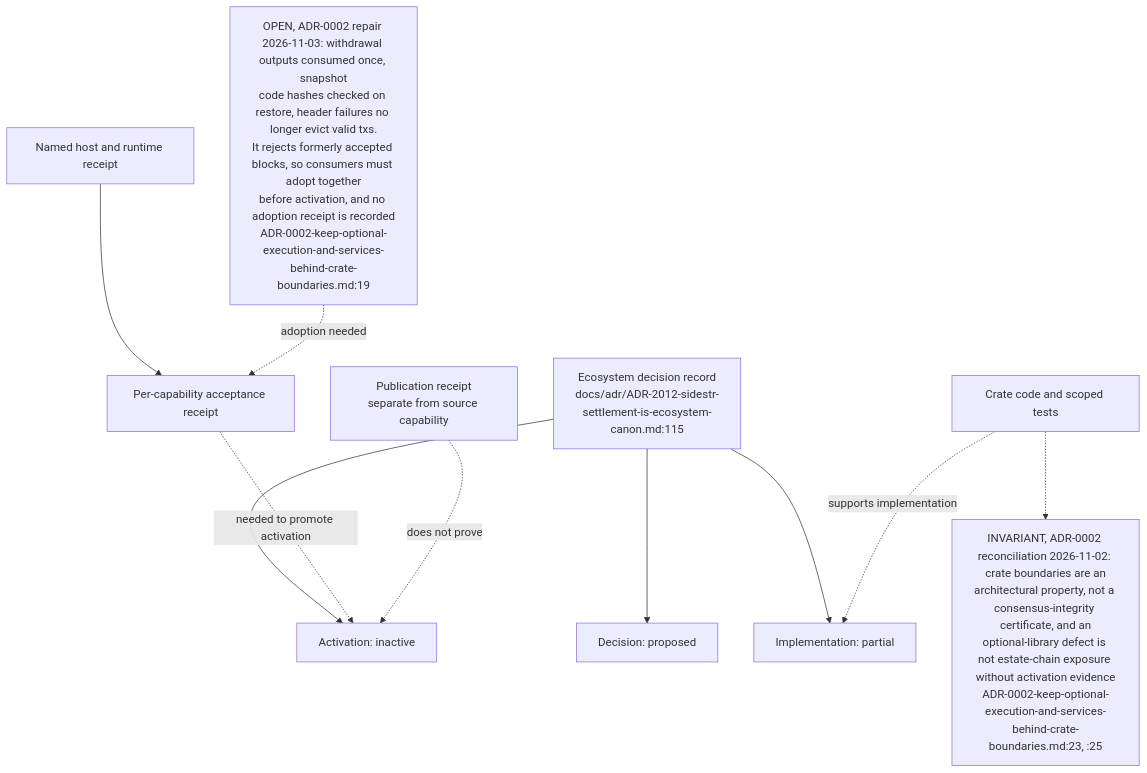
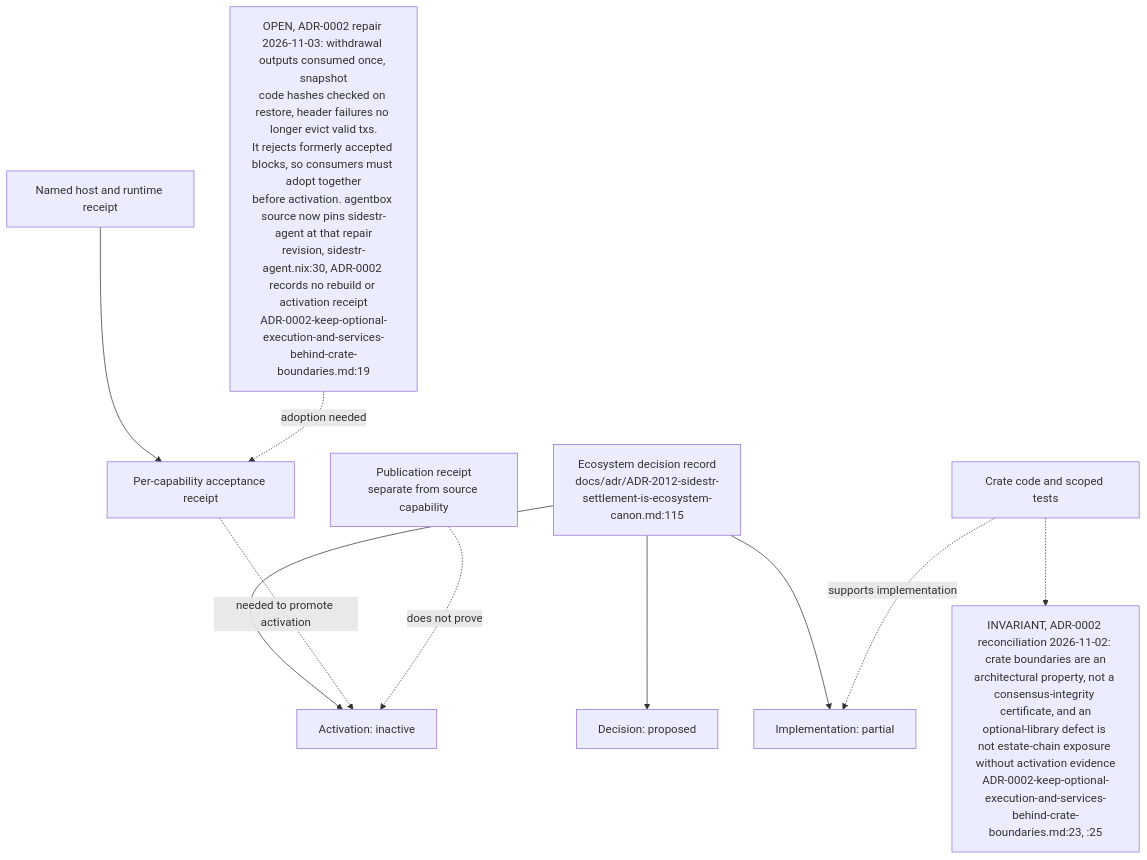
The third of 4 diagrams in docs/diagrams/sidestr-rs/01-workspace-oracles-and-live-boundary.md (DreamLab-AI/VisionFlow), drawn with Mermaid before and after one commit. The commit also changed other lines of this file and 8 other files, not shown here.

First line of the commit message:
docs(diagrams): semantic sweep fixes before merge

````diff
--- a/docs/diagrams/sidestr-rs/01-workspace-oracles-and-live-boundary.md
+++ b/docs/diagrams/sidestr-rs/01-workspace-oracles-and-live-boundary.md
@@ -106,17 +107,17 @@
 ```mermaid
 flowchart TB
     STATUS["Ecosystem decision record<br/>docs/adr/ADR-2012-sidestr-settlement-is-ecosystem-canon.md:115"]
     STATUS --> DEC["Decision: proposed"]
     STATUS --> IMP["Implementation: partial"]
     STATUS --> ACT["Activation: inactive"]
     SOURCE["Crate code and scoped tests"] -. "supports implementation" .-> IMP
     PUB["Publication receipt<br/>separate from source capability"]
     DEPLOY["Named host and runtime receipt"]
     LIFE["Per-capability acceptance receipt"] -. "needed to promote activation" .-> ACT
     PUB -. "does not prove" .-> ACT
     DEPLOY --> LIFE
     BOUND["INVARIANT, ADR-0002 reconciliation 2026-11-02: crate boundaries are an<br/>architectural property, not a consensus-integrity certificate, and an<br/>optional-library defect is not estate-chain exposure without activation evidence<br/>ADR-0002-keep-optional-execution-and-services-behind-crate-boundaries.md:23, :25"]
-    REP["OPEN, ADR-0002 repair 2026-11-03: withdrawal outputs consumed once, snapshot<br/>code hashes checked on restore, header failures no longer evict valid txs.<br/>It rejects formerly accepted blocks, so consumers must adopt together<br/>before activation, and no adoption receipt is recorded<br/>ADR-0002-keep-optional-execution-and-services-behind-crate-boundaries.md:19"]
+    REP["OPEN, ADR-0002 repair 2026-11-03: withdrawal outputs consumed once, snapshot<br/>code hashes checked on restore, header failures no longer evict valid txs.<br/>It rejects formerly accepted blocks, so consumers must adopt together<br/>before activation. agentbox source now pins sidestr-agent at that repair<br/>revision, sidestr-agent.nix:30, ADR-0002 records no rebuild or activation receipt<br/>ADR-0002-keep-optional-execution-and-services-behind-crate-boundaries.md:19"]
     SOURCE -.-> BOUND
     REP -. "adoption needed" .-> LIFE
 ```
````
